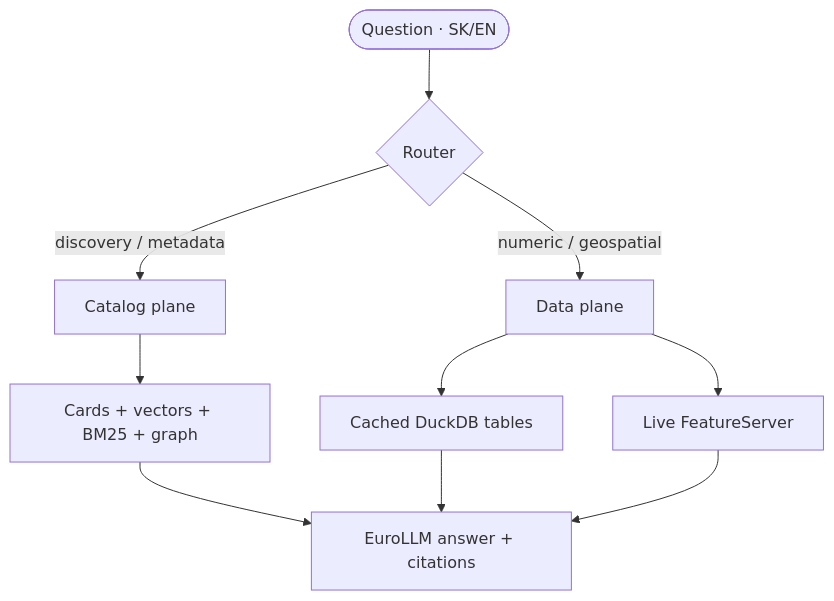
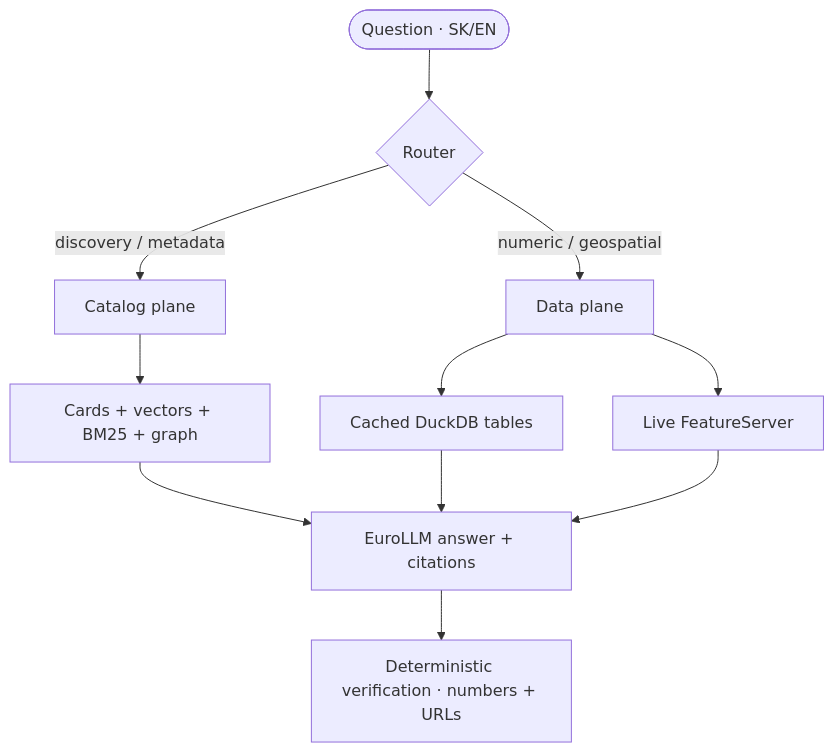
One commit to jzvolensky/open-data-llm changed the diagram in docs/docs/architecture.md. Above: the diagram before and after it, drawn with Mermaid. The commit also changed other lines of this file and 32 other files, not shown here.

````diff
--- a/docs/docs/architecture.md
+++ b/docs/docs/architecture.md
@@ -10,14 +10,15 @@
 ```mermaid
 flowchart TD
     Q([Question · SK/EN]) --> R{Router}
     R -->|discovery / metadata| C[Catalog plane]
     R -->|numeric / geospatial| D[Data plane]
 
     C --> C1[Cards + vectors + BM25 + graph]
     D --> D1[Cached DuckDB tables]
     D --> D2[Live FeatureServer]
 
     C1 --> A[EuroLLM answer + citations]
     D1 --> A
     D2 --> A
+    A --> V[Deterministic verification · numbers + URLs]
 ```
````
